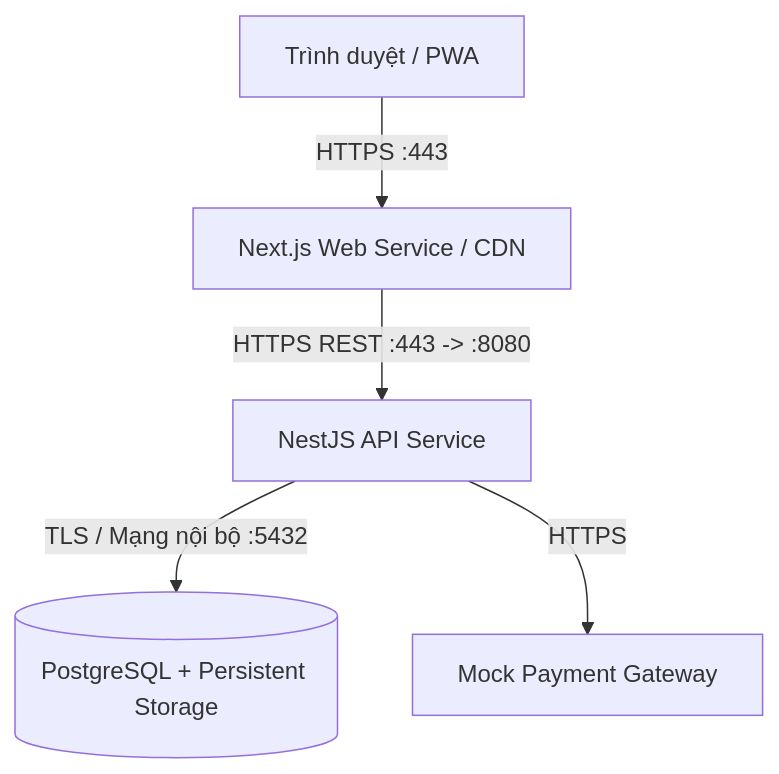
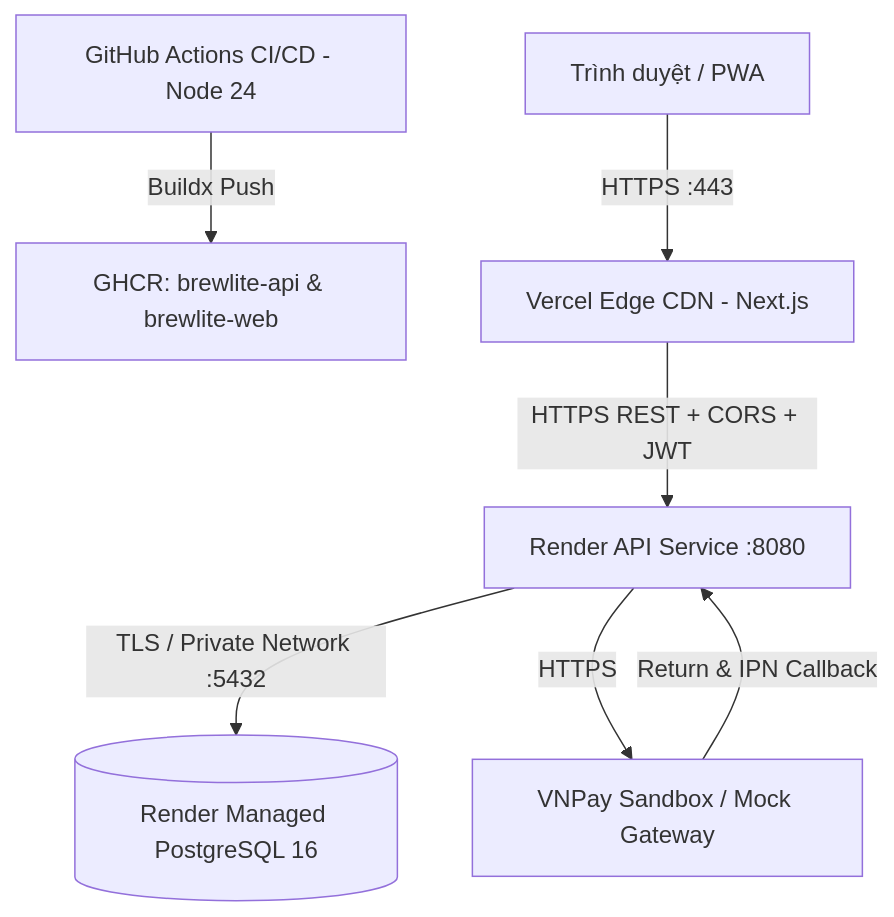
The second of 2 diagrams in docs/architecture/README.md (dangtuan992006/SWE_Project_Assignment2), drawn with Mermaid before and after one commit. The commit also changed other lines of this file and 11 other files, not shown here.

Commit message:
[Docs]: đồng bộ SRS (17 FRs, 20 NFRs), sơ đồ UML/SVG, ma trận RTM và README với mã nguồn

````diff
--- a/docs/architecture/README.md
+++ b/docs/architecture/README.md
@@ -39,7 +39,9 @@
 ```mermaid
 flowchart TB
-    Client[Trình duyệt / PWA] -->|HTTPS :443| FE[Next.js Web Service / CDN]
-    FE -->|HTTPS REST :443 -> :8080| BE[NestJS API Service]
-    BE -->|TLS / Mạng nội bộ :5432| DB[(PostgreSQL + Persistent Storage)]
-    BE -->|HTTPS| Pay[Mock Payment Gateway]
+    CI[GitHub Actions CI/CD - Node 24] -->|Buildx Push| GHCR[GHCR: brewlite-api & brewlite-web]
+    Client[Trình duyệt / PWA] -->|HTTPS :443| FE[Vercel Edge CDN - Next.js]
+    FE -->|HTTPS REST + CORS + JWT| BE[Render API Service :8080]
+    BE -->|TLS / Private Network :5432| DB[(Render Managed PostgreSQL 16)]
+    BE -->|HTTPS| Pay[VNPay Sandbox / Mock Gateway]
+    Pay -->|Return & IPN Callback| BE
 ```
````
